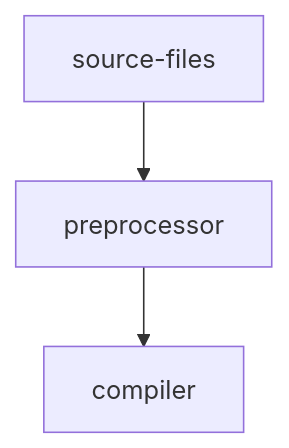
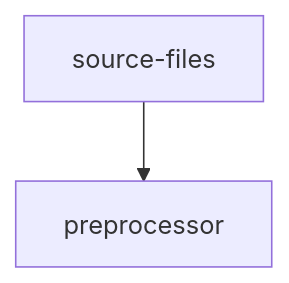
Before and after one commit to DCMMC/Notes: the diagram in 编译原理学习笔记.md, drawn with Mermaid.

Commit message:
修改文件: 编译原理学习笔记.md

````diff
--- a/编译原理学习笔记.md
+++ b/编译原理学习笔记.md
@@ -41,4 +41,4 @@
 ```mermaid!
 graph TD;
-source-files --> preprocessor --> compiler;
+source-files-->preprocessor;
 ```
````
